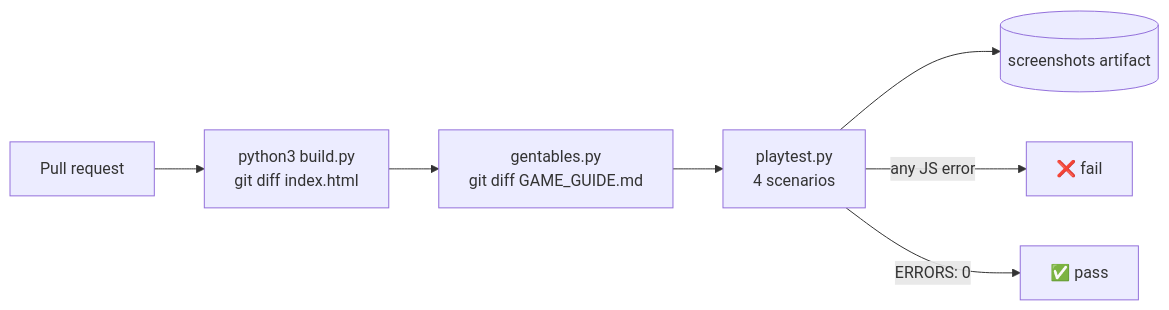
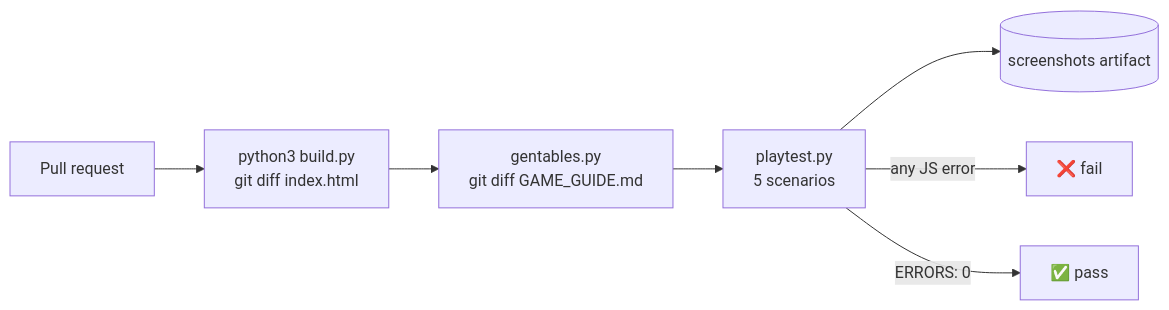
Before and after one commit to CptNope/Laternfall: the fourth of 4 diagrams in docs/TESTING.md, drawn with Mermaid. The commit also changed other lines of this file and 26 other files, not shown here.

````diff
--- a/docs/TESTING.md
+++ b/docs/TESTING.md
@@ -225,9 +228,9 @@
 ```mermaid
 flowchart LR
     PR[Pull request] --> B[python3 build.py<br/>git diff index.html]
     B --> GG[gentables.py<br/>git diff GAME_GUIDE.md]
-    GG --> PT[playtest.py<br/>4 scenarios]
+    GG --> PT[playtest.py<br/>5 scenarios]
     PT --> A[(screenshots artifact)]
     PT -->|any JS error| X[❌ fail]
     PT -->|ERRORS: 0| OK[✅ pass]
 ```
````
